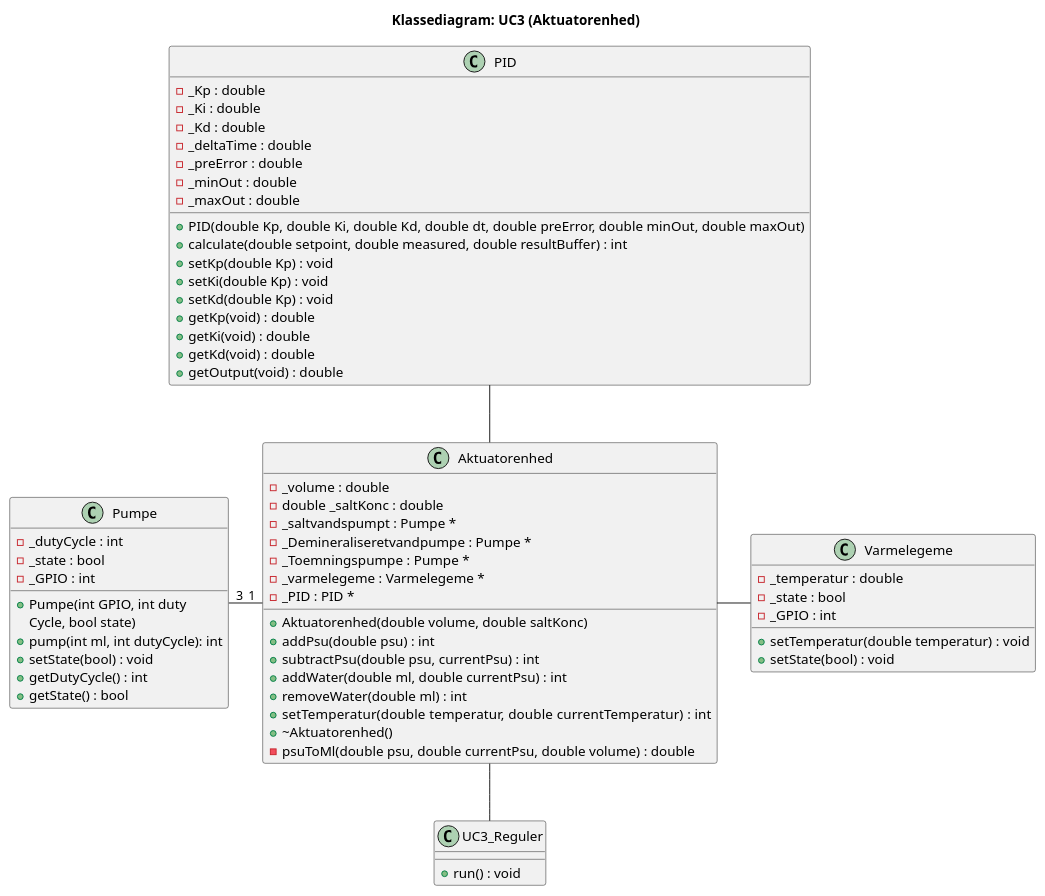
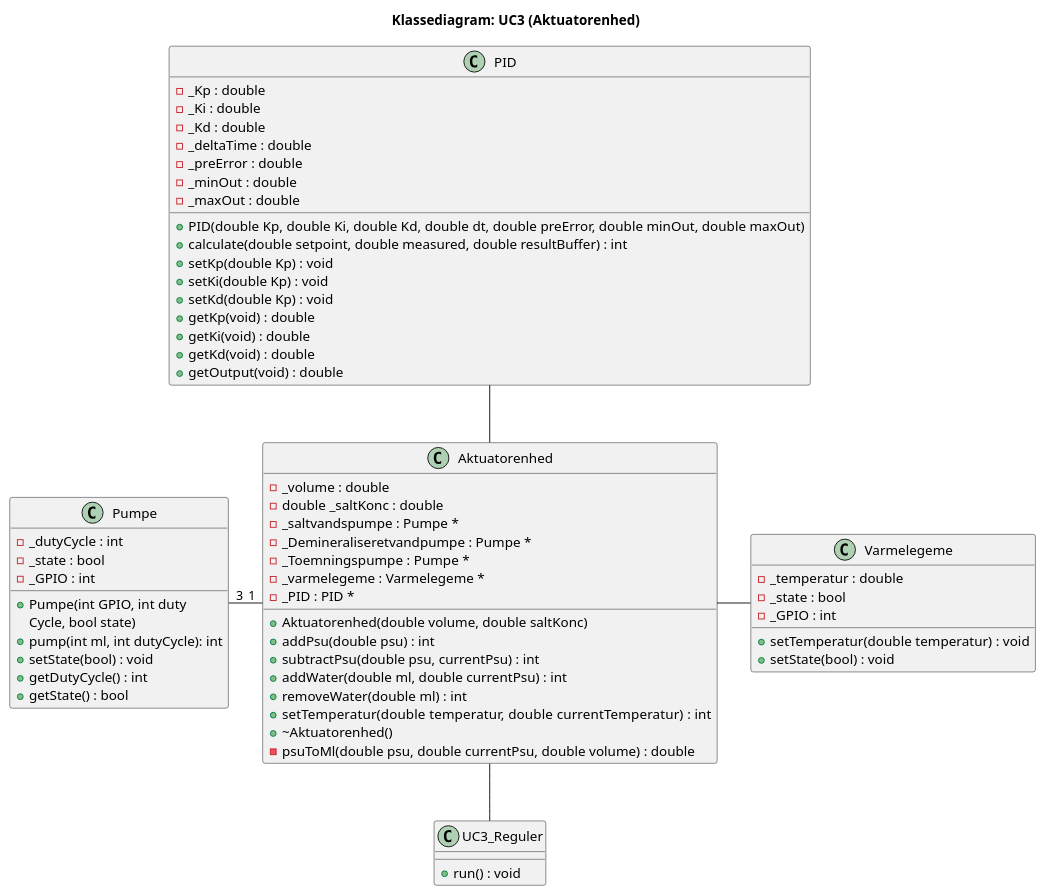
The diagram in Design/Akutuator enhed/Domnaemodel_AE/AE_klassediagram.puml (Solvgraa-mager/E4PRJ4), drawn with PlantUML before and after one commit. The commit also changed 6 other files, not shown here.

```diff
--- a/Design/Akutuator enhed/Domnaemodel_AE/AE_klassediagram.puml
+++ b/Design/Akutuator enhed/Domnaemodel_AE/AE_klassediagram.puml
@@ -1,79 +1,79 @@
 @startuml
 title Klassediagram: UC3 (Aktuatorenhed)
 
 
 class Pumpe {
   - _dutyCycle : int
   - _state : bool
   - _GPIO : int
 
   +Pumpe(int GPIO, int duty
   Cycle, bool state)
   +pump(int ml, int dutyCycle): int
   +setState(bool) : void
   +getDutyCycle() : int
   +getState() : bool
 }
 
 class Varmelegeme {
   -_temperatur : double
   -_state : bool 
   -_GPIO : int
 
   +setTemperatur(double temperatur) : void
   +setState(bool) : void
 }
 class PID
 {
   -_Kp : double
   -_Ki : double
   -_Kd : double
   -_deltaTime : double
   -_preError : double
   -_minOut : double
   -_maxOut : double
 
   +PID(double Kp, double Ki, double Kd, double dt, double preError, double minOut, double maxOut)
   +calculate(double setpoint, double measured, double resultBuffer) : int
   +setKp(double Kp) : void
   +setKi(double Kp) : void
   +setKd(double Kp) : void
   +getKp(void) : double
   +getKi(void) : double
   +getKd(void) : double
   +getOutput(void) : double
 }
 
 class UC3_Reguler {
   +run() : void 
 }
 
 
 class Aktuatorenhed
 {
   -_volume : double
   -double _saltKonc : double
-  -_saltvandspumpt : Pumpe *
+  -_saltvandspumpe : Pumpe *
   -_Demineraliseretvandpumpe : Pumpe * 
   -_Toemningspumpe : Pumpe * 
   -_varmelegeme : Varmelegeme *
   -_PID : PID *
 
   + Aktuatorenhed(double volume, double saltKonc)
   + addPsu(double psu) : int
   + subtractPsu(double psu, currentPsu) : int
   + addWater(double ml, double currentPsu) : int
   + removeWater(double ml) : int
   + setTemperatur(double temperatur, double currentTemperatur) :  int
   + ~Aktuatorenhed()
   - psuToMl(double psu, double currentPsu, double volume) : double
 
 }
 
 PID -- Aktuatorenhed
 Aktuatorenhed -- UC3_Reguler
 Pumpe "3" - "1" Aktuatorenhed
 Aktuatorenhed - Varmelegeme
 
 
 @enduml
```
